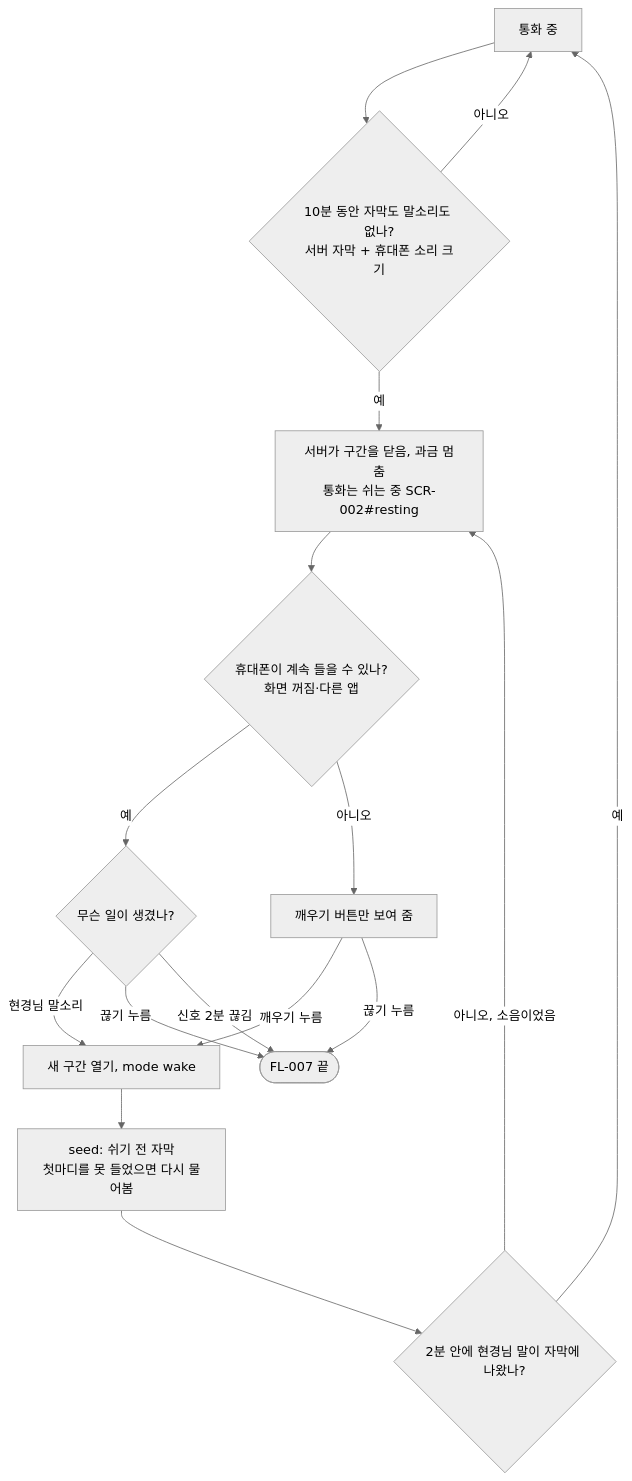
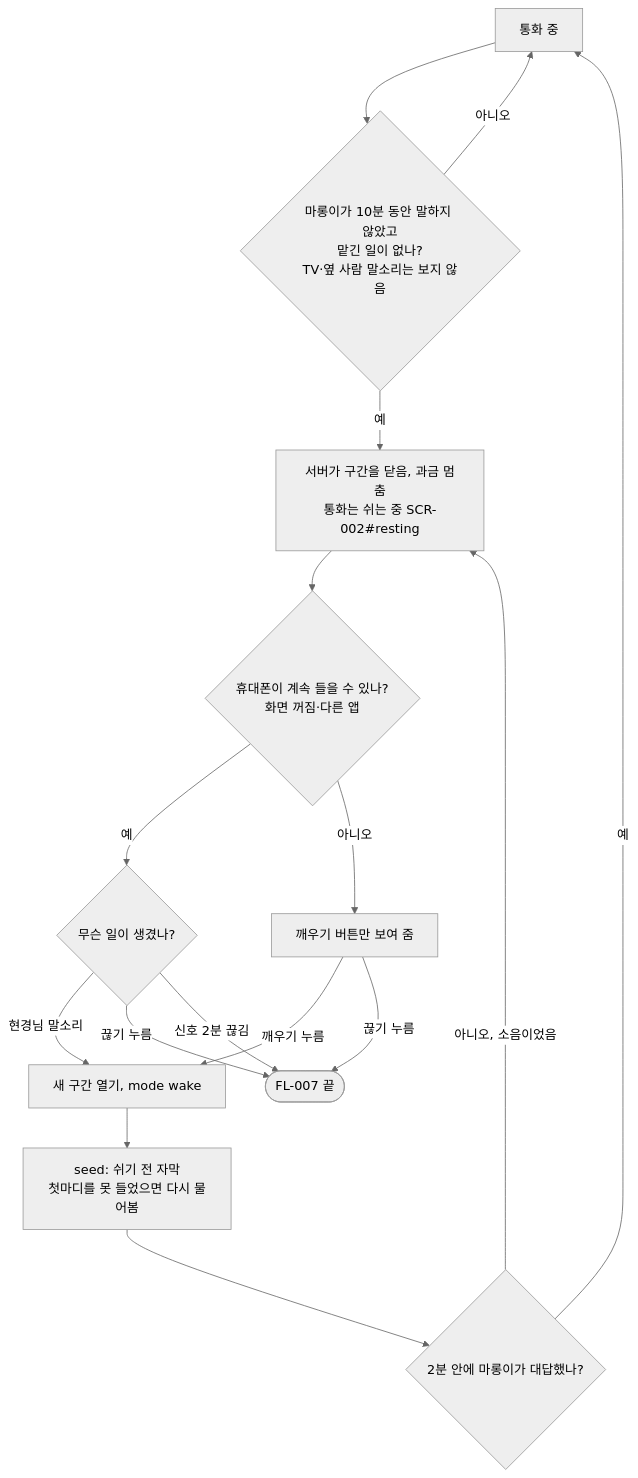
One commit to kodonghui/marong2 changed the diagram in docs/03-user-flow/FL-005-rest.md. Above: the diagram before and after it, drawn with Mermaid (neutral theme). The commit also changed other lines of this file and 22 other files, not shown here.

````diff
--- a/docs/03-user-flow/FL-005-rest.md
+++ b/docs/03-user-flow/FL-005-rest.md
@@ -7,18 +7,18 @@
 ```mermaid
 flowchart TD
-  A["통화 중"] --> B{"10분 동안 자막도 말소리도 없나?<br/>서버 자막 + 휴대폰 소리 크기"}
+  A["통화 중"] --> B{"마롱이가 10분 동안 말하지 않았고<br/>맡긴 일이 없나?<br/>TV·옆 사람 말소리는 보지 않음"}
   B -->|아니오| A
   B -->|예| C["서버가 구간을 닫음, 과금 멈춤<br/>통화는 쉬는 중 SCR-002#resting"]
   C --> D{"휴대폰이 계속 들을 수 있나?<br/>화면 꺼짐·다른 앱"}
   D -->|예| E{"무슨 일이 생겼나?"}
   D -->|아니오| F["깨우기 버튼만 보여 줌"]
   E -->|"현경님 말소리"| G["새 구간 열기, mode wake"]
   E -->|"끊기 누름"| X(["FL-007 끝"])
   E -->|"신호 2분 끊김"| X
   F -->|"깨우기 누름"| G
   F -->|"끊기 누름"| X
   G --> H["seed: 쉬기 전 자막<br/>첫마디를 못 들었으면 다시 물어봄"]
-  H --> I{"2분 안에 현경님 말이 자막에 나왔나?"}
+  H --> I{"2분 안에 마롱이가 대답했나?"}
   I -->|예| A
   I -->|"아니오, 소음이었음"| C
 ```
````
